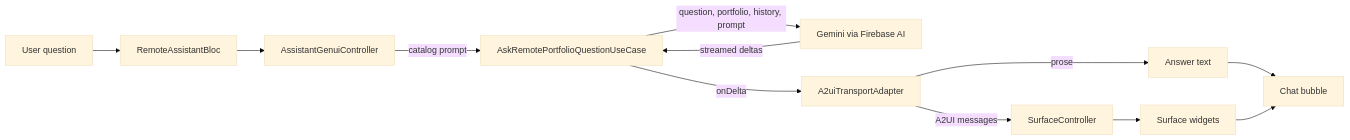
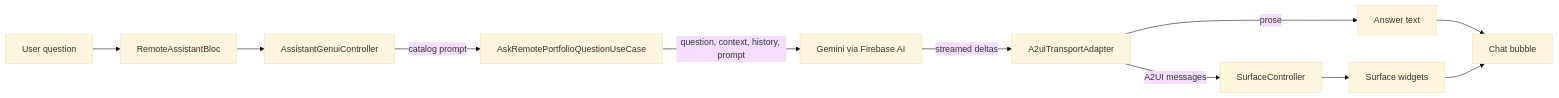
Before and after one commit to may-andro/portRai: the diagram in app/portrai/lib/src/feature/assistant/README.md, drawn with Mermaid (base theme). The commit also changed other lines of this file, not shown here.

````diff
--- a/app/portrai/lib/src/feature/assistant/README.md
+++ b/app/portrai/lib/src/feature/assistant/README.md
@@ -155,14 +178,13 @@
 ```mermaid
 flowchart LR
   User[User question] --> Bloc[RemoteAssistantBloc]
   Bloc --> GC[AssistantGenuiController]
   GC -->|catalog prompt| UC[AskRemotePortfolioQuestionUseCase]
-  UC -->|question, portfolio, history, prompt| Gemini[Gemini via Firebase AI]
-  Gemini -->|streamed deltas| UC
-  UC -->|onDelta| TA[A2uiTransportAdapter]
+  UC -->|question, context, history, prompt| Gemini[Gemini via Firebase AI]
+  Gemini -->|streamed deltas| TA[A2uiTransportAdapter]
   TA -->|prose| Bubble[Answer text]
   TA -->|A2UI messages| SC[SurfaceController]
   SC --> Surface[Surface widgets]
   Bubble --> Chat[Chat bubble]
   Surface --> Chat
 ```
````
